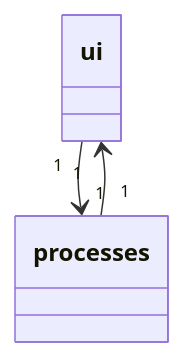
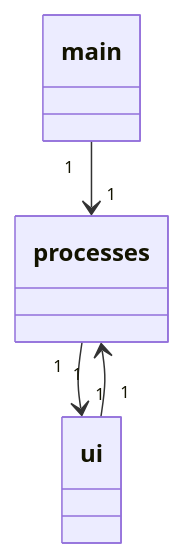
One commit to platipus82/ot-harjoitustyo changed the first of 3 diagrams in dokumentaatio/arkkitehtuuri.MD. Above: the diagram before and after it, drawn with Mermaid. The commit also changed other lines of this file, not shown here.

````diff
--- a/dokumentaatio/arkkitehtuuri.MD
+++ b/dokumentaatio/arkkitehtuuri.MD
@@ -8,12 +8,17 @@
 ```mermaid
 classDiagram
+    main "1" --> "1" processes 
     ui "1" --> "1" processes 
     processes "1" --> "1" ui 
     class processes{
     
     }
     
     class ui{ 
     
     }
+    
+    class main{ 
+    
+    }
 ```
````
